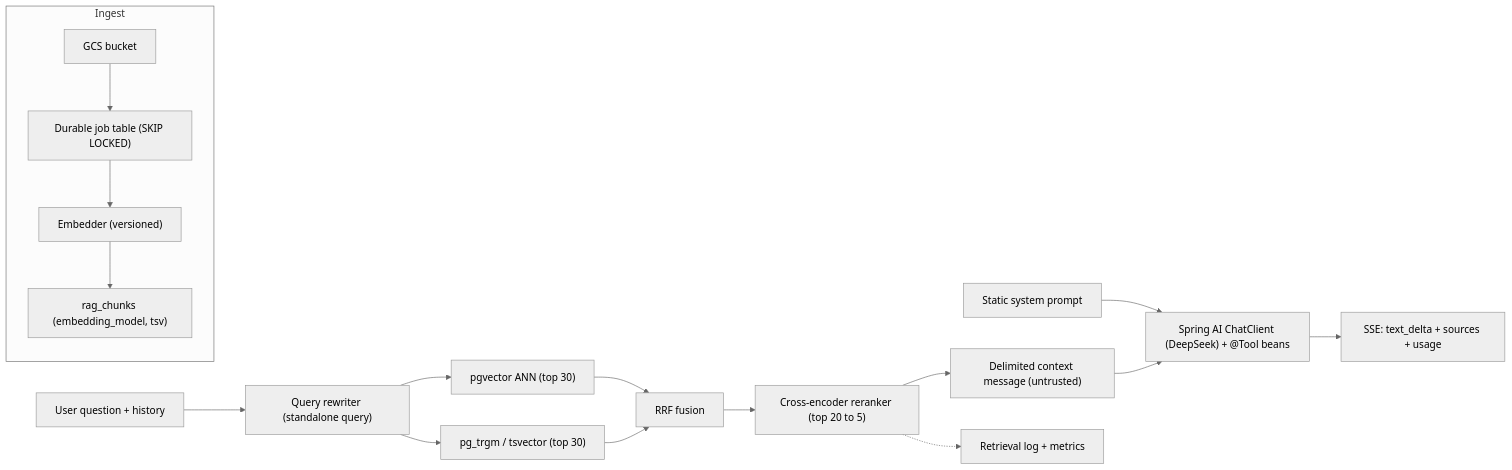
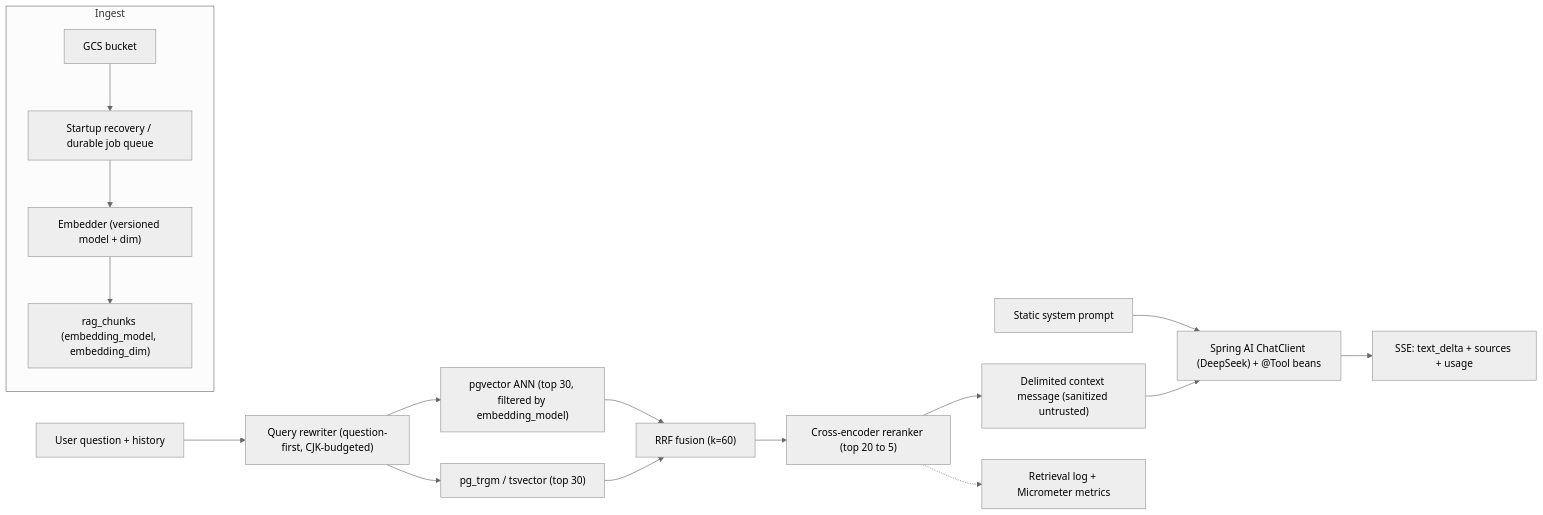
The diagram in docs/AI_RAG_ARCHITECTURE_REVIEW.md (cychengming/currency-analyzer-java), drawn with Mermaid (neutral theme) before and after one commit. The commit also changed other lines of this file, not shown here.

Commit message:
docs(rag): update architecture review status and 4-workstream execution plan

````diff
--- a/docs/AI_RAG_ARCHITECTURE_REVIEW.md
+++ b/docs/AI_RAG_ARCHITECTURE_REVIEW.md
@@ -91,19 +44,19 @@
 ```mermaid
 flowchart LR
-    U["User question + history"] --> QR["Query rewriter (standalone query)"]
-    QR --> V["pgvector ANN (top 30)"]
+    U["User question + history"] --> QR["Query rewriter (question-first, CJK-budgeted)"]
+    QR --> V["pgvector ANN (top 30, filtered by embedding_model)"]
     QR --> L["pg_trgm / tsvector (top 30)"]
-    V --> F["RRF fusion"]
+    V --> F["RRF fusion (k=60)"]
     L --> F
     F --> RR["Cross-encoder reranker (top 20 to 5)"]
-    RR --> CTX["Delimited context message (untrusted)"]
+    RR --> CTX["Delimited context message (sanitized untrusted)"]
     SYS["Static system prompt"] --> LLM["Spring AI ChatClient (DeepSeek) + @Tool beans"]
     CTX --> LLM
     LLM --> SSE["SSE: text_delta + sources + usage"]
-    RR -.-> LOG["Retrieval log + metrics"]
+    RR -.-> LOG["Retrieval log + Micrometer metrics"]
     subgraph Ingest
-        GCS["GCS bucket"] --> JOB["Durable job table (SKIP LOCKED)"]
-        JOB --> EMB["Embedder (versioned)"]
-        EMB --> PG["rag_chunks (embedding_model, tsv)"]
+        GCS["GCS bucket"] --> JOB["Startup recovery / durable job queue"]
+        JOB --> EMB["Embedder (versioned model + dim)"]
+        EMB --> PG["rag_chunks (embedding_model, embedding_dim)"]
     end
 ```
````
